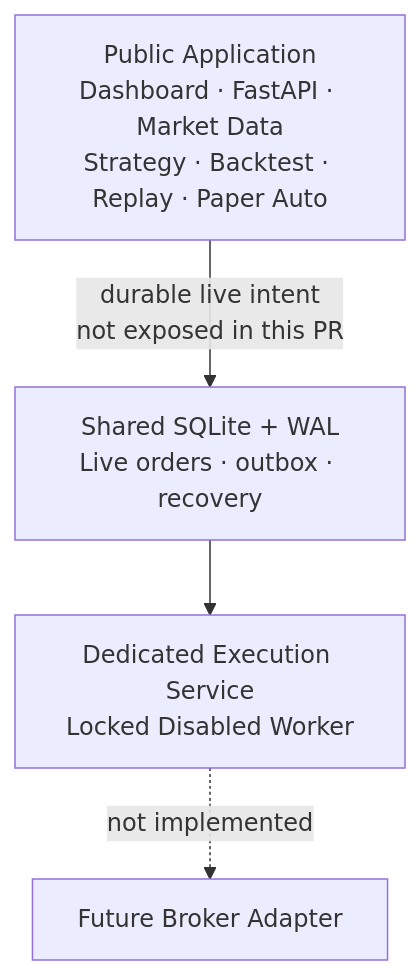
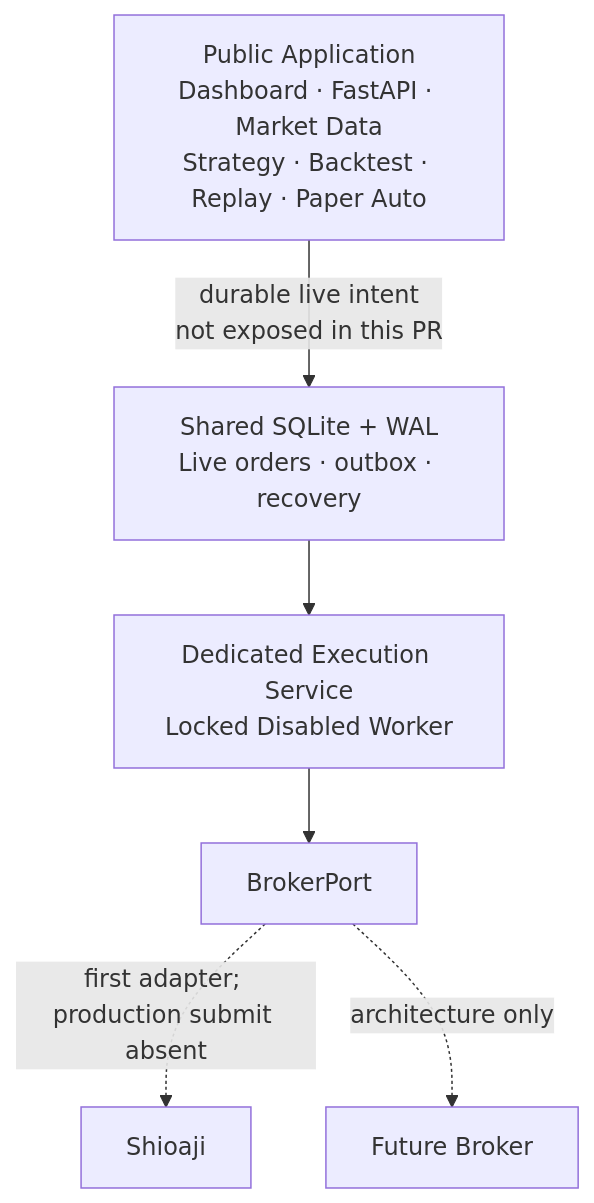
One commit to 3pwei/codex-tw-quant-trading-system changed the diagram in docs/live-execution-security-boundary.md. Above: the diagram before and after it, drawn with Mermaid. The commit also changed other lines of this file and 20 other files, not shown here.

````diff
--- a/docs/live-execution-security-boundary.md
+++ b/docs/live-execution-security-boundary.md
@@ -9,7 +9,9 @@
 ```mermaid
 flowchart TD
     A["Public Application<br/>Dashboard · FastAPI · Market Data<br/>Strategy · Backtest · Replay · Paper Auto"]
     A -->|"durable live intent<br/>not exposed in this PR"| B["Shared SQLite + WAL<br/>Live orders · outbox · recovery"]
     B --> C["Dedicated Execution Service<br/>Locked Disabled Worker"]
-    C -.->|"not implemented"| D["Future Broker Adapter"]
+    C --> D["BrokerPort"]
+    D -.->|"first adapter; production submit absent"| E["Shioaji"]
+    D -.->|"architecture only"| F["Future Broker"]
 ```
````
